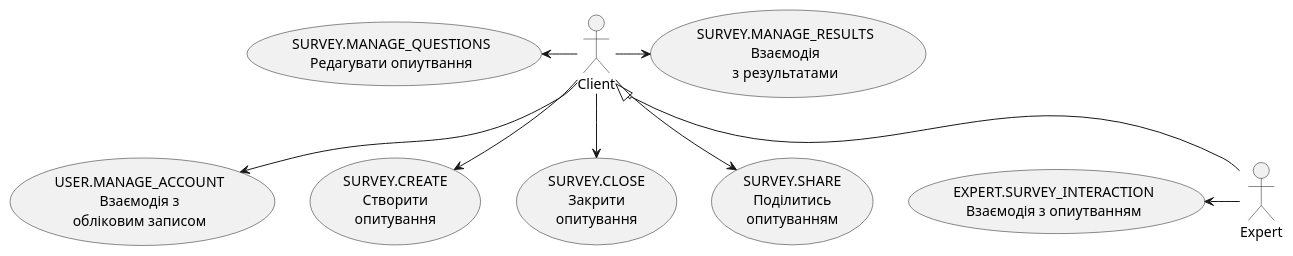
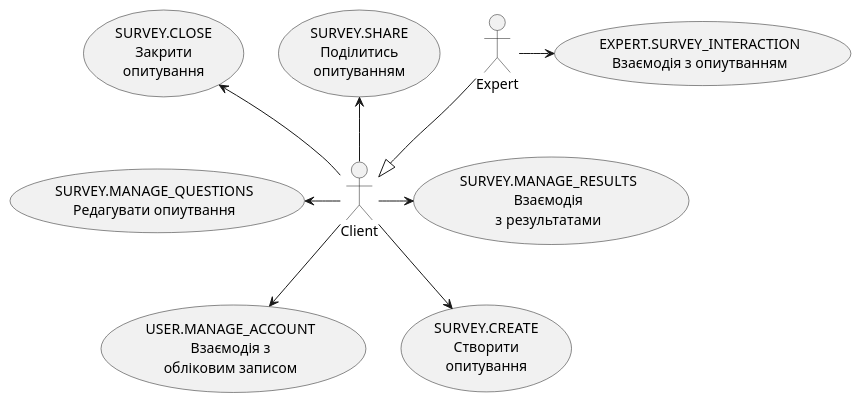
One commit to xastia/edu_db_labs_group1 changed the first of 15 diagrams in docs/use cases/README.md. Above: the diagram before and after it, drawn with PlantUML.

Commit message:
corrected arrows use-case

```diff
--- a/docs/use cases/README.md
+++ b/docs/use cases/README.md
@@ -12,24 +12,24 @@
 @startuml
 
     actor Expert
     actor Client
   
     usecase "USER.MANAGE_ACCOUNT\nВзаємодія з\nобліковим записом" as UInteraction
     usecase "SURVEY.CREATE\nСтворити\nопитування" as SCreate
     usecase "SURVEY.CLOSE\nЗакрити\nопитування" as SClose
     usecase "SURVEY.MANAGE_QUESTIONS\nРедагувати опиутвання" as SEdit
     usecase "EXPERT.SURVEY_INTERACTION\nВзаємодія з опиутванням" as EInteraction
     usecase "SURVEY.SHARE\nПоділитись\nопитуванням" as SShare
     usecase "SURVEY.MANAGE_RESULTS\nВзаємодія\nз результатами" as SResults
  
   
-      Expert -u-|> Client
-      Expert -l-> EInteraction
+      Expert -d-|> Client
+      Expert -r-> EInteraction
       Client -d->UInteraction
       Client -l->SEdit
-      Client -d->SShare
+      Client -u->SShare
       Client -r->SResults
-      Client -d->SClose
+      Client -u->SClose
       Client -d->SCreate
       
 @enduml
```
